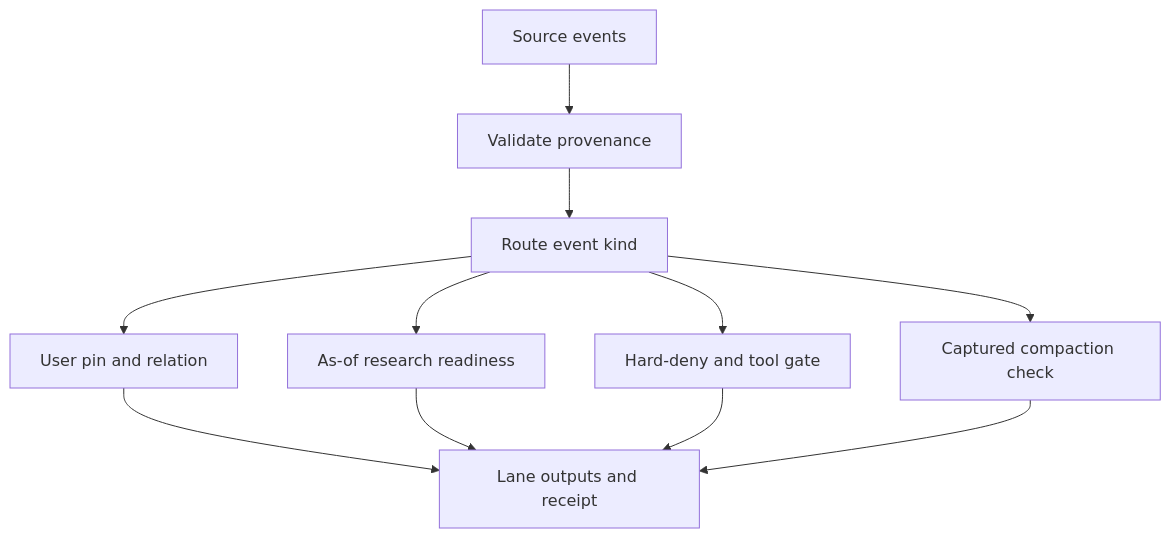
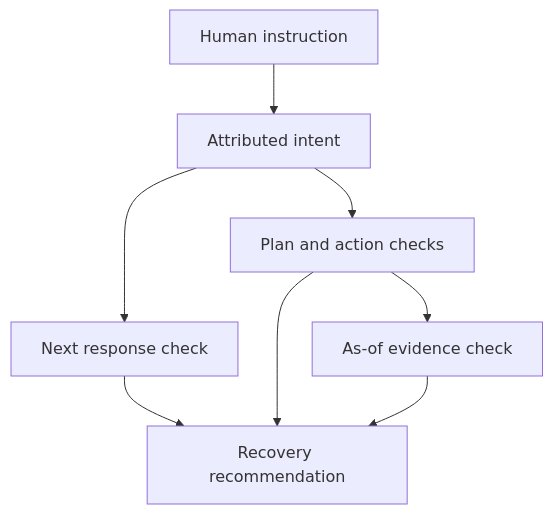
Before and after one commit to Pukujan/agent-custom-setup: the diagram in modules/coordination/jev-oss-compare/v0.1.0/docs/PDD-local-blind-replay.md, drawn with Mermaid. The commit also changed other lines of this file and 10 other files, not shown here.

Commit message:
Refs #28: add Laya recovery-route adapter

````diff
--- a/modules/coordination/jev-oss-compare/v0.1.0/docs/PDD-local-blind-replay.md
+++ b/modules/coordination/jev-oss-compare/v0.1.0/docs/PDD-local-blind-replay.md
@@ -49,13 +70,10 @@
-```mermaid
+~~~mermaid
 graph TD
-  S[Source events] --> N[Validate provenance]
-  N --> E[Route event kind]
-  E --> U[User pin and relation]
-  E --> R[As-of research readiness]
-  E --> T[Hard-deny and tool gate]
-  E --> C[Captured compaction check]
-  U --> L[Lane outputs and receipt]
-  R --> L
-  T --> L
-  C --> L
-```
+  U[Human instruction] --> P[Attributed intent]
+  P --> A[Next response check]
+  P --> D[Plan and action checks]
+  D --> E[As-of evidence check]
+  A --> R[Recovery recommendation]
+  D --> R
+  E --> R
+~~~
````
